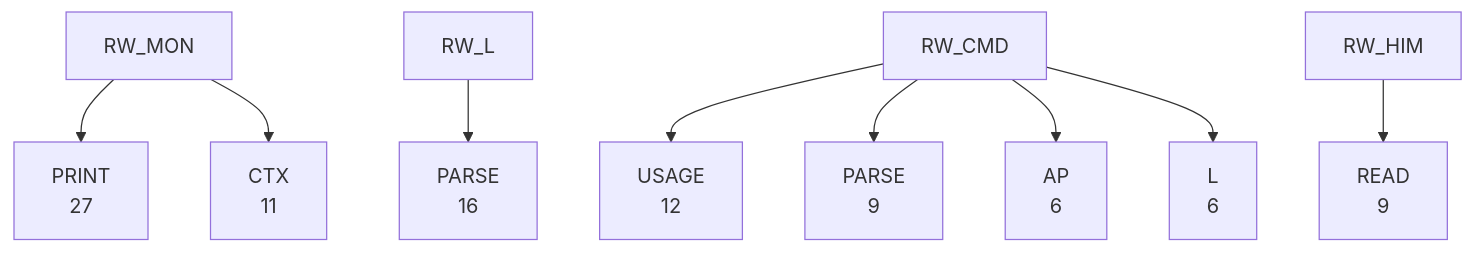
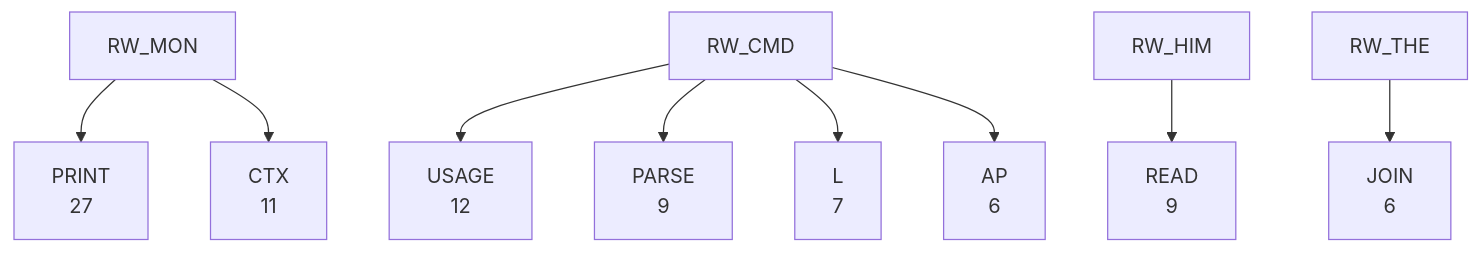
The third of 8 diagrams in DOC/GENERATED/ROUTINE_WORD_TREE.md (95westus/R-YORS), drawn with Mermaid before and after one commit. The commit also changed other lines of this file and 94 other files, not shown here.

````diff
--- a/DOC/GENERATED/ROUTINE_WORD_TREE.md
+++ b/DOC/GENERATED/ROUTINE_WORD_TREE.md
@@ -47,11 +47,11 @@
 ```mermaid
 flowchart TD
     RW_MON --> RW_MON_PRINT["PRINT<br/>27"]
-    RW_L --> RW_L_PARSE["PARSE<br/>16"]
     RW_CMD --> RW_CMD_USAGE["USAGE<br/>12"]
     RW_MON --> RW_MON_CTX["CTX<br/>11"]
     RW_CMD --> RW_CMD_PARSE["PARSE<br/>9"]
     RW_HIM --> RW_HIM_READ["READ<br/>9"]
+    RW_CMD --> RW_CMD_L["L<br/>7"]
     RW_CMD --> RW_CMD_AP["AP<br/>6"]
-    RW_CMD --> RW_CMD_L["L<br/>6"]
+    RW_THE --> RW_THE_JOIN["JOIN<br/>6"]
 ```
````
